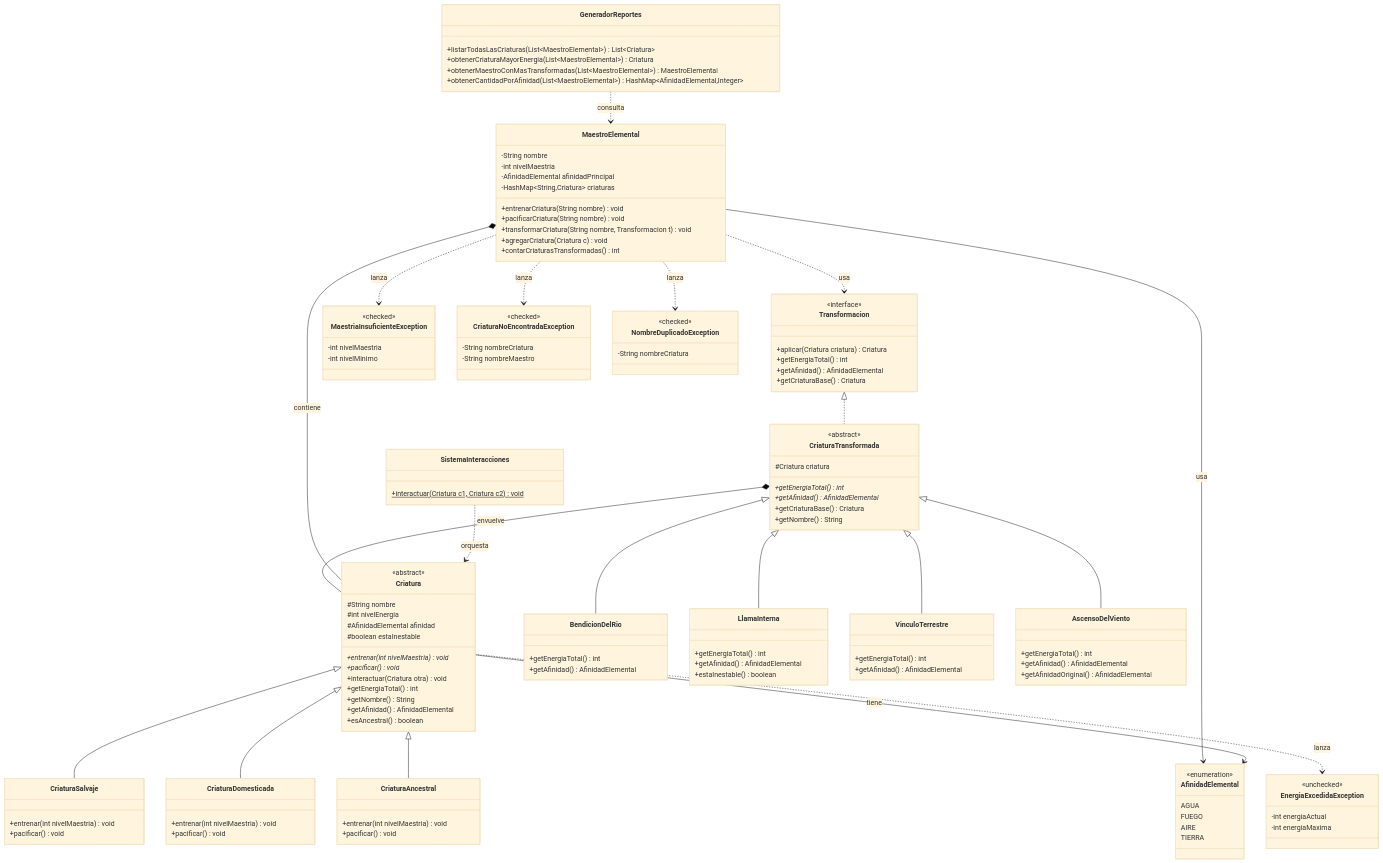
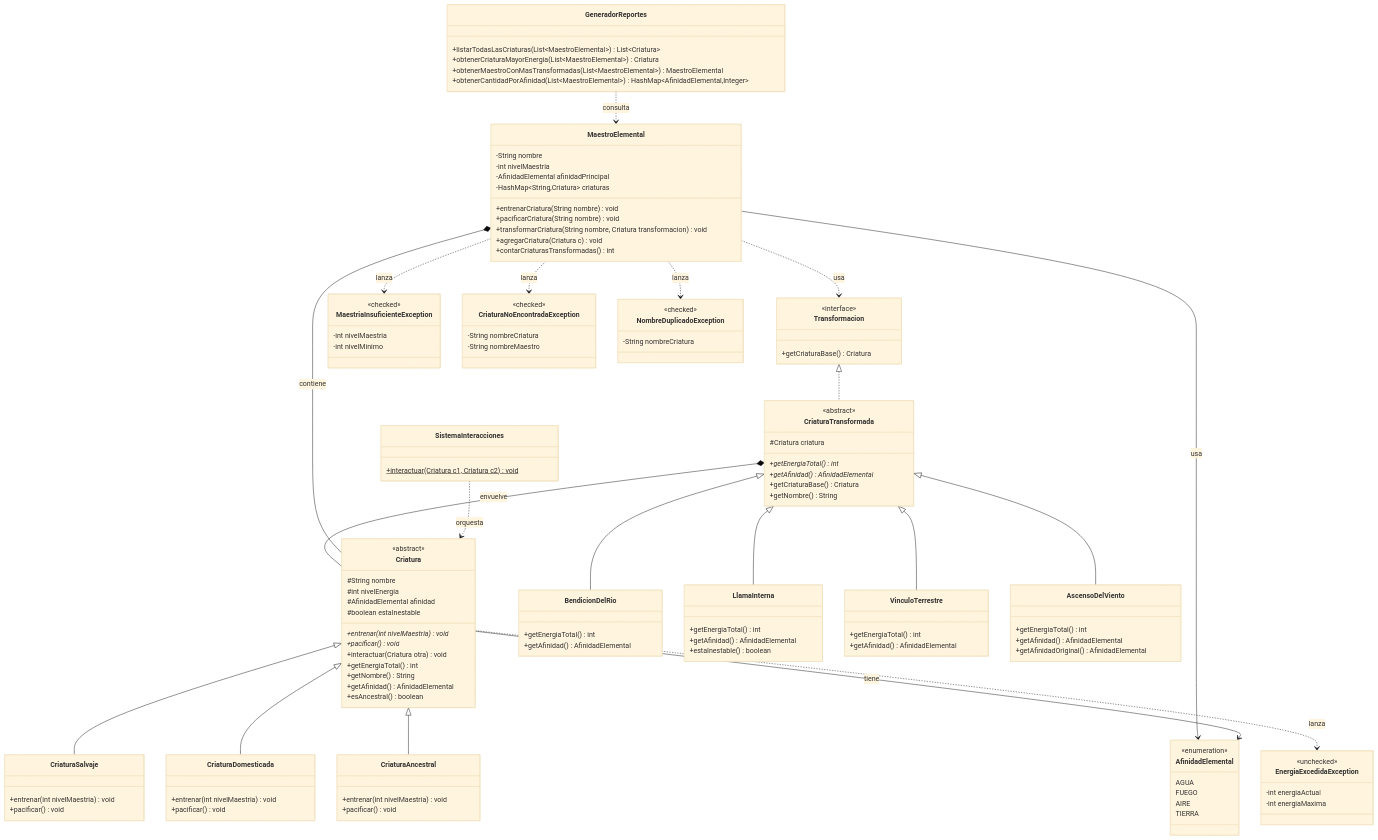
Before and after one commit to unlam-tdw/sistema-de-gestion-de-criaturas-elementales: the diagram in docs/PLAN_DE_ACCION.md, drawn with Mermaid (base theme). The commit also changed other lines of this file and 4 other files, not shown here.

```diff
--- a/docs/PLAN_DE_ACCION.md
+++ b/docs/PLAN_DE_ACCION.md
@@ -79,9 +78,6 @@
     
     class Transformacion {
         <<interface>>
-        +aplicar(Criatura criatura) Criatura
-        +getEnergiaTotal() int
-        +getAfinidad() AfinidadElemental
         +getCriaturaBase() Criatura
     }
     
@@ -123,7 +119,7 @@
         -HashMap~String,Criatura~ criaturas
         +entrenarCriatura(String nombre) void
         +pacificarCriatura(String nombre) void
-        +transformarCriatura(String nombre, Transformacion t) void
+        +transformarCriatura(String nombre, Criatura transformacion) void
         +agregarCriatura(Criatura c) void
         +contarCriaturasTransformadas() int
     }
```
